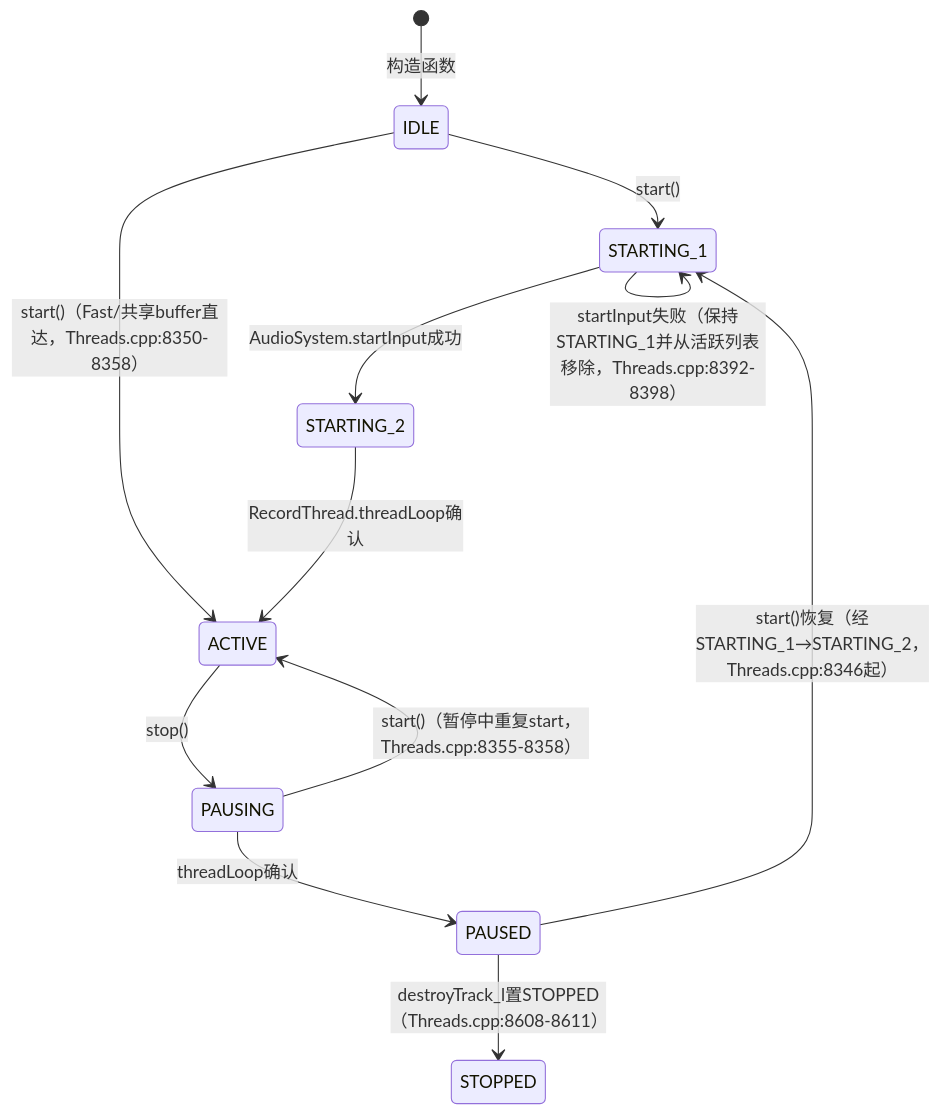
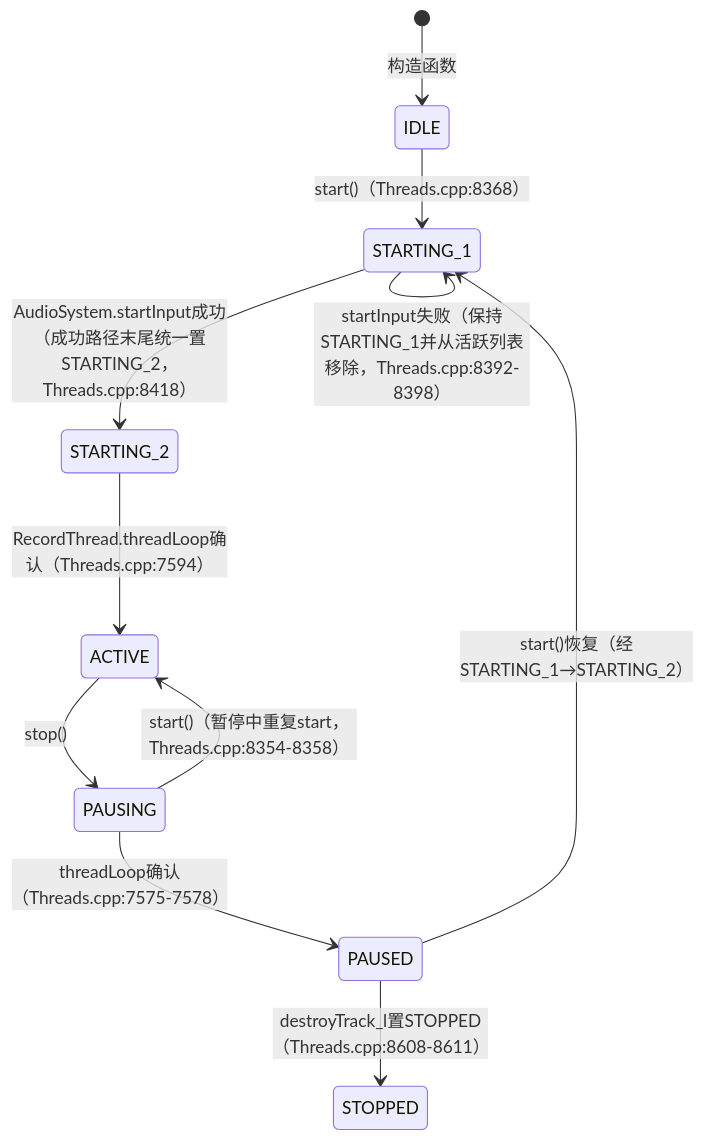
Before and after one commit to yanglinzhen1022/SA8295_AAOS_QNX_Audio_KnowledgeBase: the third of 5 diagrams in 05_AudioFlinger/05_5.7_TrackRecord-音频流端点.md, drawn with Mermaid. The commit also changed other lines of this file and 5 other files, not shown here.

````diff
--- a/05_AudioFlinger/05_5.7_TrackRecord-音频流端点.md
+++ b/05_AudioFlinger/05_5.7_TrackRecord-音频流端点.md
@@ -301,14 +301,13 @@
 ```mermaid
 stateDiagram-v2
     [*] --> IDLE : 构造函数
-    IDLE --> STARTING_1 : start()
-    IDLE --> ACTIVE : start()（Fast/共享buffer直达，Threads.cpp:8350-8358）
-    STARTING_1 --> STARTING_2 : AudioSystem.startInput成功
+    IDLE --> STARTING_1 : start()（Threads.cpp:8368）
+    STARTING_1 --> STARTING_2 : AudioSystem.startInput成功（成功路径末尾统一置STARTING_2，Threads.cpp:8418）
     STARTING_1 --> STARTING_1 : startInput失败（保持STARTING_1并从活跃列表移除，Threads.cpp:8392-8398）
-    STARTING_2 --> ACTIVE : RecordThread.threadLoop确认
+    STARTING_2 --> ACTIVE : RecordThread.threadLoop确认（Threads.cpp:7594）
     ACTIVE --> PAUSING : stop()
-    PAUSING --> PAUSED : threadLoop确认
-    PAUSED --> STARTING_1 : start()恢复（经STARTING_1→STARTING_2，Threads.cpp:8346起）
-    PAUSING --> ACTIVE : start()（暂停中重复start，Threads.cpp:8355-8358）
+    PAUSING --> PAUSED : threadLoop确认（Threads.cpp:7575-7578）
+    PAUSED --> STARTING_1 : start()恢复（经STARTING_1→STARTING_2）
+    PAUSING --> ACTIVE : start()（暂停中重复start，Threads.cpp:8354-8358）
     PAUSED --> STOPPED : destroyTrack_l置STOPPED（Threads.cpp:8608-8611）
 ```
````
